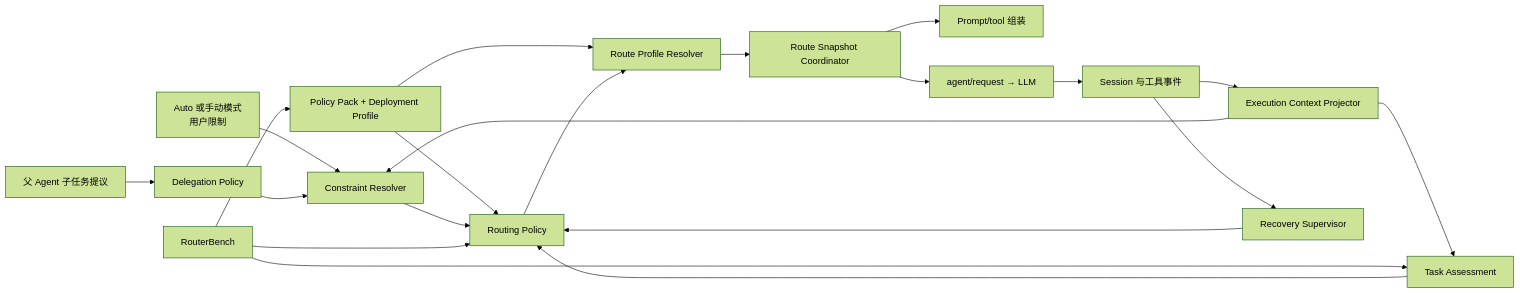
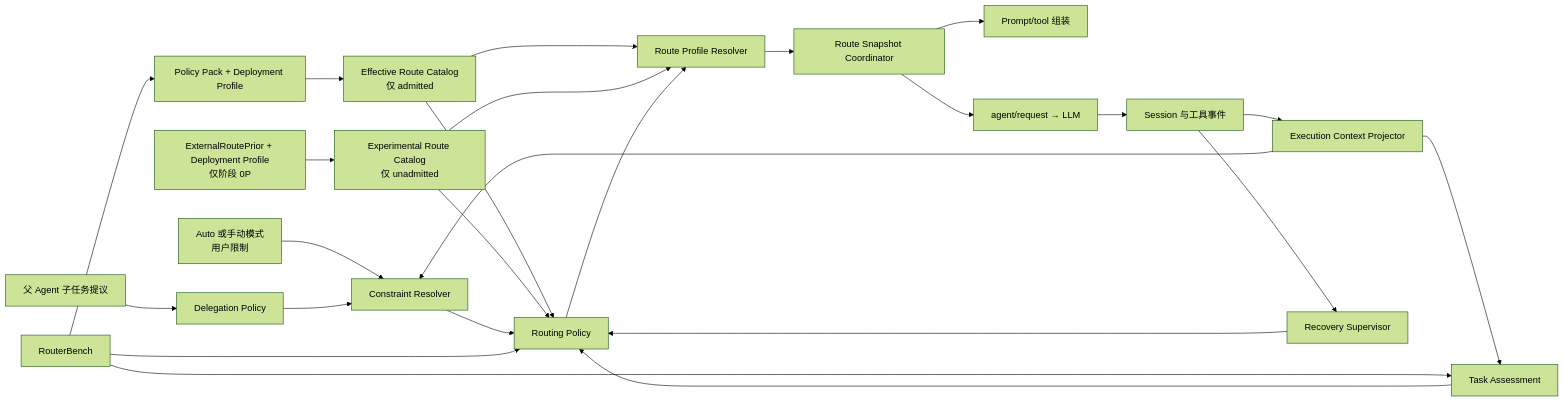
The diagram in docs/zh-CN/architecture.md (cloudman6/dsh-auto-mode), drawn with Mermaid (forest theme) before and after one commit. The commit also changed other lines of this file and 33 other files, not shown here.

Commit message:
docs(roadmap): add Phase 0P experimental auto plan

````diff
--- a/docs/zh-CN/architecture.md
+++ b/docs/zh-CN/architecture.md
@@ -27,23 +27,27 @@
 ```mermaid
 flowchart LR
     U["Auto 或手动模式\n用户限制"] --> C["Constraint Resolver"]
     P["父 Agent 子任务提议"] --> D["Delegation Policy"]
     D --> C
     E["Session 与工具事件"] --> X["Execution Context Projector"]
     X --> A["Task Assessment"]
     X --> C
-    W["Policy Pack + Deployment Profile"] --> R["Routing Policy"]
-    W --> V["Route Profile Resolver"]
+    W["Policy Pack + Deployment Profile"] --> G["Effective Route Catalog\n仅 admitted"]
+    O["ExternalRoutePrior + Deployment Profile\n仅阶段 0P"] --> H["Experimental Route Catalog\n仅 unadmitted"]
+    G --> R["Routing Policy"]
+    G --> V["Route Profile Resolver"]
+    H --> R
+    H --> V
     A --> R
     C --> R
     S["Recovery Supervisor"] --> R
     R --> V
     V --> Q["Route Snapshot Coordinator"]
     Q --> M["Prompt/tool 组装"]
     Q --> L["agent/request → LLM"]
     L --> E
     E --> S
     B["RouterBench"] --> W
     B --> A
     B --> R
 ```
````
